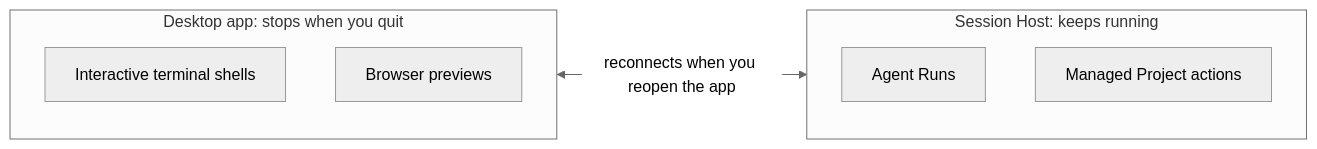
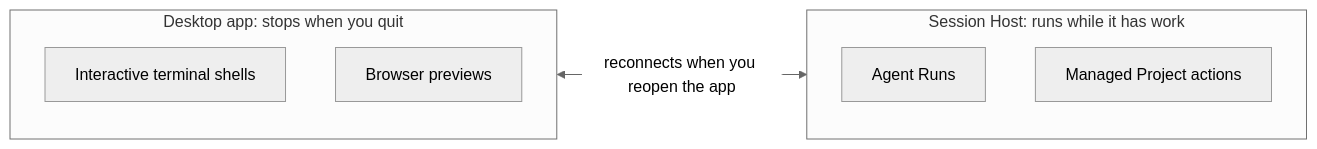
The diagram in website/src/content/docs/configuration/session-recovery.md (OpenWaggle/OpenWaggle), drawn with Mermaid (neutral theme) before and after one commit. The commit also changed other lines of this file and 12 other files, not shown here.

First line of the commit message:
docs(website): correct diagrams and claims found in the docs review

````diff
--- a/website/src/content/docs/configuration/session-recovery.md
+++ b/website/src/content/docs/configuration/session-recovery.md
@@ -65,12 +65,12 @@
 ```mermaid
 flowchart LR
   subgraph desktop["Desktop app: stops when you quit"]
     term["Interactive terminal shells"]
     preview["Browser previews"]
   end
-  subgraph host["Session Host: keeps running"]
+  subgraph host["Session Host: runs while it has work"]
     runs["Agent Runs"]
     actions["Managed Project actions"]
   end
   desktop <-->|"reconnects when you reopen the app"| host
 ```
````
